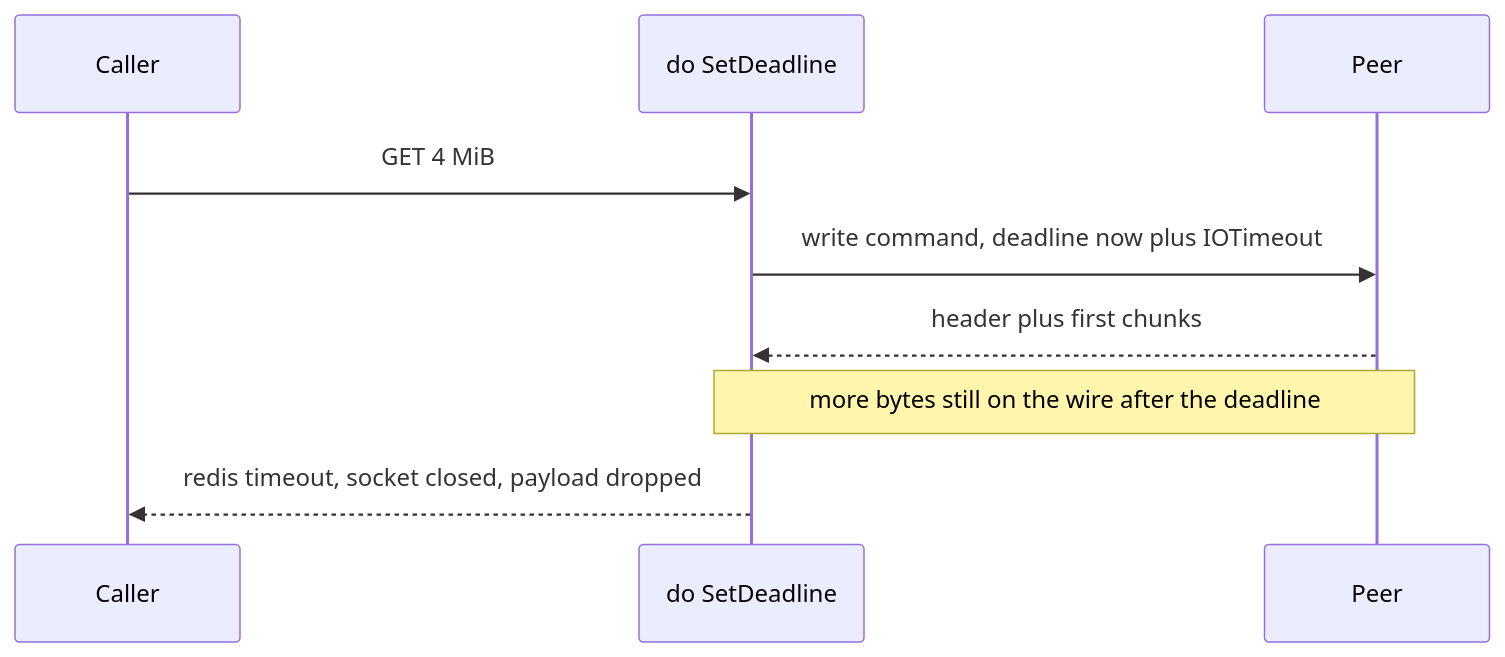
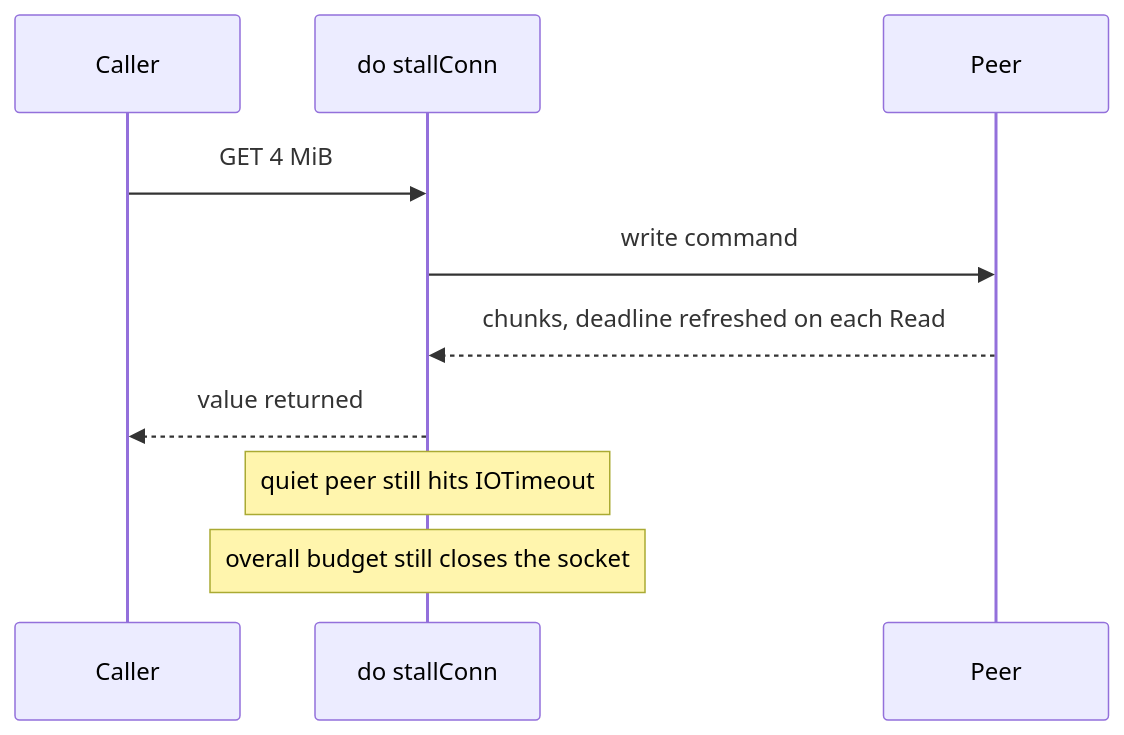
The diagram in devstate/2026/09/2026-09-13-simpleredis-per-read-deadline/card.md (david-garcia-garcia/traefik-middleware-utilities), drawn with Mermaid before and after one commit. The commit also changed other lines of this file and 2 other files, not shown here.

Commit message:
chore: final delivery card for stall-timeout PR

````diff
--- a/devstate/2026/09/2026-09-13-simpleredis-per-read-deadline/card.md
+++ b/devstate/2026/09/2026-09-13-simpleredis-per-read-deadline/card.md
@@ -17,11 +17,12 @@
 ```mermaid
 sequenceDiagram
   participant Caller
-  participant do as do SetDeadline
+  participant do as do stallConn
   participant Peer
   Caller->>do: GET 4 MiB
-  do->>Peer: write command, deadline now plus IOTimeout
-  Peer-->>do: header plus first chunks
-  Note over do,Peer: more bytes still on the wire after the deadline
-  do-->>Caller: redis timeout, socket closed, payload dropped
+  do->>Peer: write command
+  Peer-->>do: chunks, deadline refreshed on each Read
+  do-->>Caller: value returned
+  Note over do: quiet peer still hits IOTimeout
+  Note over do: overall budget still closes the socket
 ```
````
